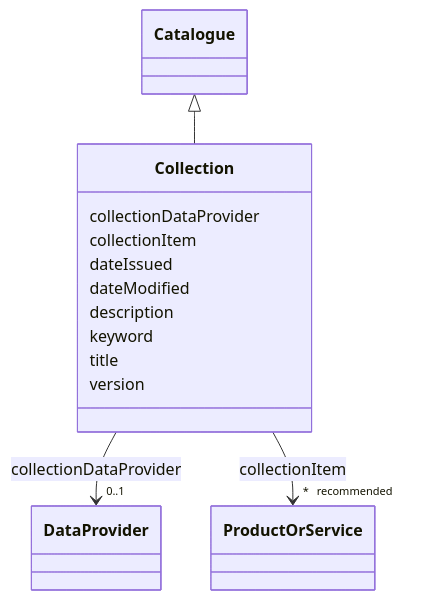
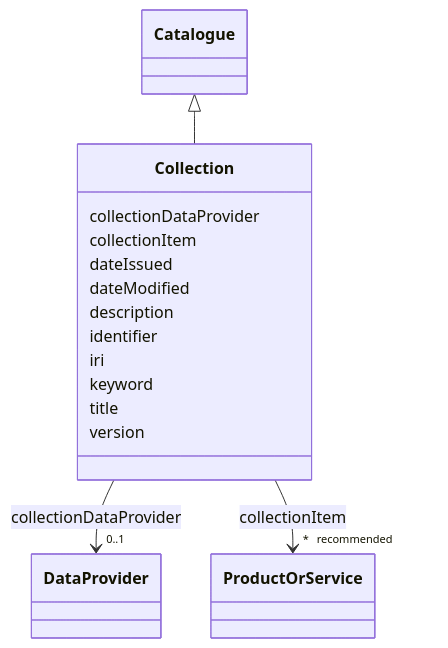
One commit to EVORA-project/evora-ontology changed the diagram in models/docs/Collection.md. Above: the diagram before and after it, drawn with Mermaid. The commit also changed other lines of this file and 391 other files, not shown here.

````diff
--- a/models/docs/Collection.md
+++ b/models/docs/Collection.md
@@ -19,39 +19,43 @@
 ```mermaid
  classDiagram
     class Collection
     click Collection href "../Collection"
       Catalogue <|-- Collection
         click Catalogue href "../Catalogue"
       
       Collection : collectionDataProvider
         
           
     
     
     Collection --> "0..1" DataProvider : collectionDataProvider
     click DataProvider href "../DataProvider"
 
         
       Collection : collectionItem
         
           
     
     
     Collection --> "* _recommended_" ProductOrService : collectionItem
     click ProductOrService href "../ProductOrService"
 
         
       Collection : dateIssued
         
       Collection : dateModified
         
       Collection : description
         
+      Collection : identifier
+        
+      Collection : iri
+        
       Collection : keyword
         
       Collection : title
         
       Collection : version
         
       
 ```
````
